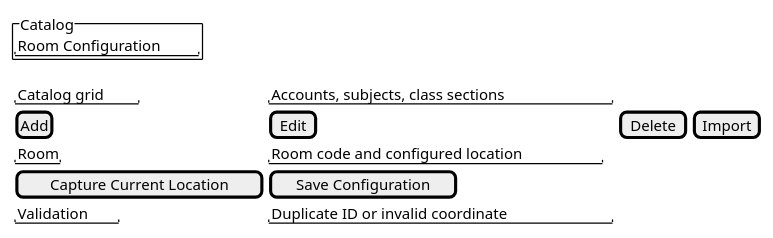
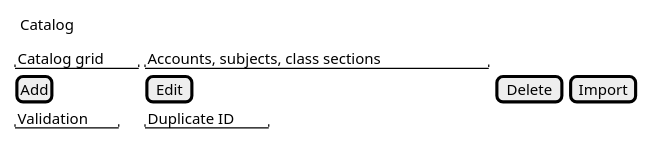
The sixth of 26 diagrams in docs/rds/2_Analysis.md (nttung42/SWD392), drawn with PlantUML before and after one commit. The commit also changed other lines of this file and 2 other files, not shown here.

````diff
--- a/docs/rds/2_Analysis.md
+++ b/docs/rds/2_Analysis.md
@@ -285,14 +284,12 @@
 ```plantuml
 @startsalt
 {
-  {^"Catalog" | "Room Configuration"}
+  {^"Catalog"}
   {
     "Catalog grid" | "Accounts, subjects, class sections"
     [Add] | [Edit] | [Delete] | [Import]
-    "Room" | "Room code and configured location"
-    [Capture Current Location] | [Save Configuration]
-    "Validation" | "Duplicate ID or invalid coordinate"
+    "Validation" | "Duplicate ID"
   }
 }
 @endsalt
 ```
````
